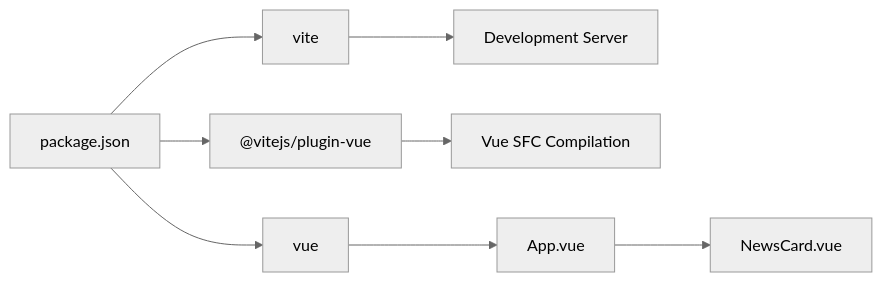
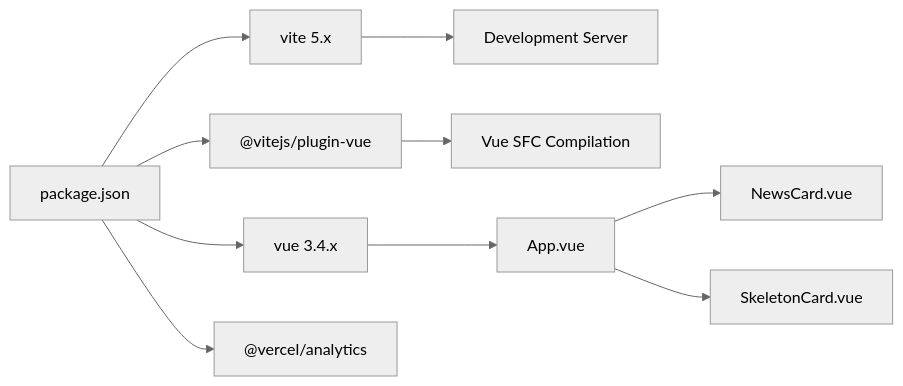
Before and after one commit to zbw-zbw/news-aggregator: the sixth of 6 diagrams in .qoder/repowiki/en/content/Frontend Application/Frontend Application.md, drawn with Mermaid (neutral theme). The commit also changed other lines of this file and 9 other files, not shown here.

````diff
--- a/.qoder/repowiki/en/content/Frontend Application/Frontend Application.md
+++ b/.qoder/repowiki/en/content/Frontend Application/Frontend Application.md
@@ -246,10 +335,12 @@
 ```mermaid
 graph LR
-P["package.json"] --> V["vite"]
+P["package.json"] --> V["vite 5.x"]
 P --> VU["@vitejs/plugin-vue"]
-P --> Vue["vue"]
+P --> Vue["vue 3.4.x"]
+P --> VA["@vercel/analytics"]
 V --> Dev["Development Server"]
 VU --> VueSFC["Vue SFC Compilation"]
 Vue --> App["App.vue"]
 App --> Card["NewsCard.vue"]
+App --> Skeleton["SkeletonCard.vue"]
 ```
````
